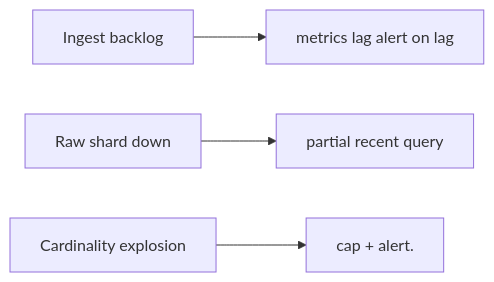
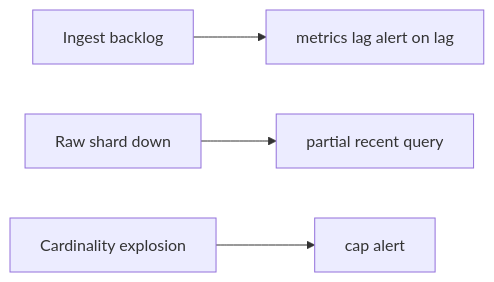
Before and after one commit to RIT-MESH/system-design-mastery: the third of 3 diagrams in case-studies/advanced/metrics-platform.md, drawn with Mermaid. The commit also changed other lines of this file and 215 other files, not shown here.

First line of the commit message:
Complete all remaining work: expand case studies, add 13 AI case studies, fix diagrams, status to Complete

````diff
--- a/case-studies/advanced/metrics-platform.md
+++ b/case-studies/advanced/metrics-platform.md
@@ -133,13 +165,13 @@
 ```mermaid
 %% created-for: system-design-mastery
 flowchart LR
   C1["Ingest backlog"]
   R2["metrics lag alert on lag"]
   C1 --> R2
   C3["Raw shard down"]
   R4["partial recent query"]
   C3 --> R4
   C5["Cardinality explosion"]
-  R6["cap + alert."]
+  R6["cap alert"]
   C5 --> R6
 ```
````
